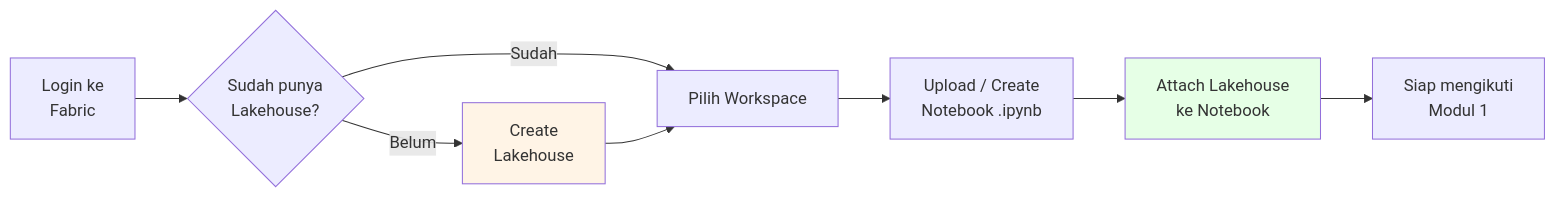
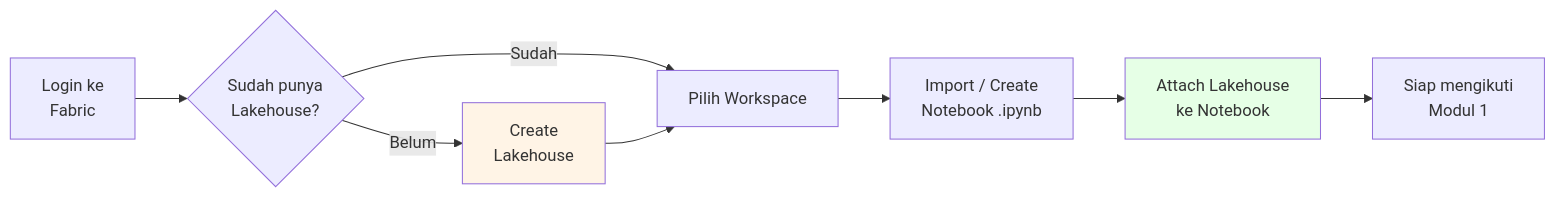
The first of 2 diagrams in 00-prepare-system.md (edhotp/Belajar-Fabric-Data-Science), drawn with Mermaid before and after one commit. The commit also changed other lines of this file and 9 other files, not shown here.

````diff
--- a/00-prepare-system.md
+++ b/00-prepare-system.md
@@ -20,13 +18,13 @@
 ```mermaid
 flowchart LR
     A[Login ke<br/>Fabric] --> B{Sudah punya<br/>Lakehouse?}
     B -- Belum --> C[Create<br/>Lakehouse]
     B -- Sudah --> D[Pilih Workspace]
     C --> D
-    D --> E[Upload / Create<br/>Notebook .ipynb]
+    D --> E[Import / Create<br/>Notebook .ipynb]
     E --> F[Attach Lakehouse<br/>ke Notebook]
     F --> G[Siap mengikuti<br/>Modul 1]
 
     style C fill:#fff4e6
     style F fill:#e6ffe6
 ```
````
